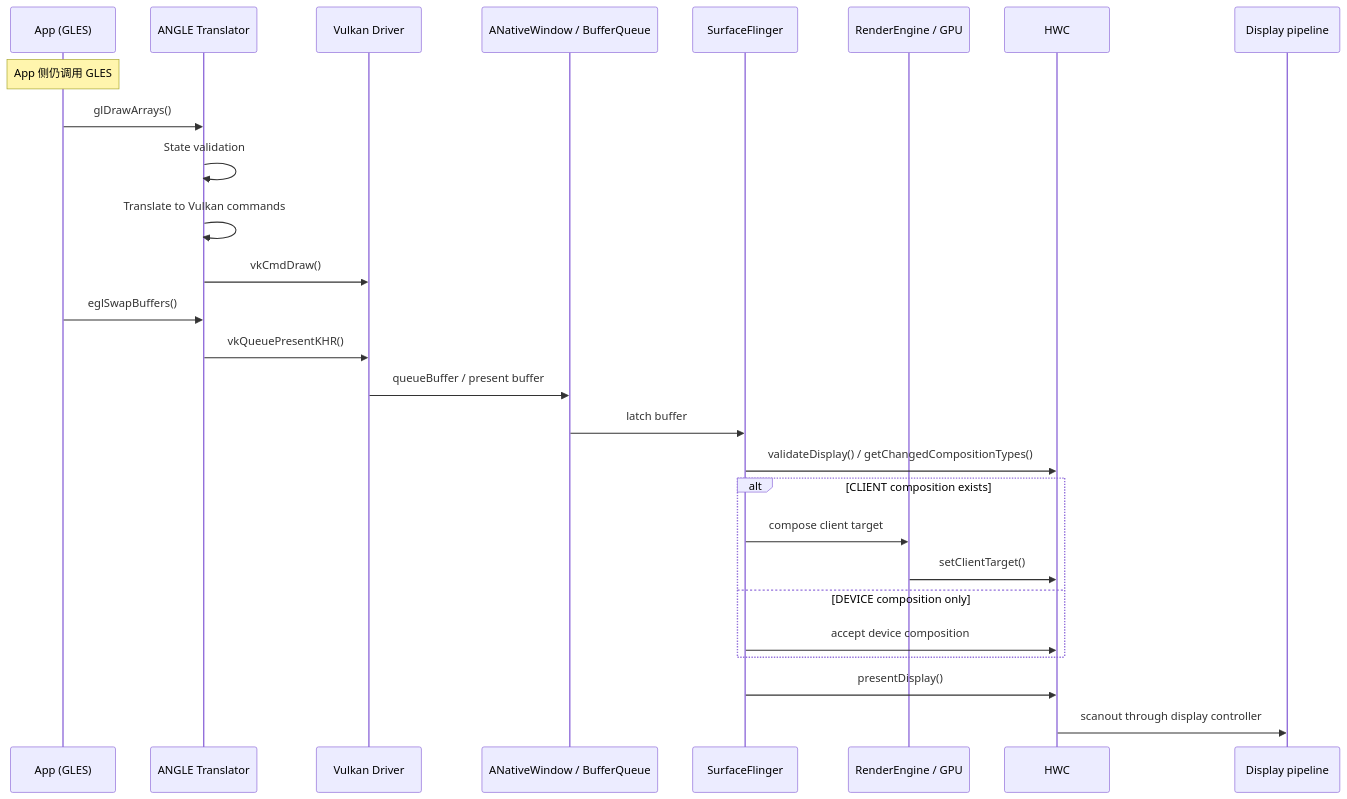
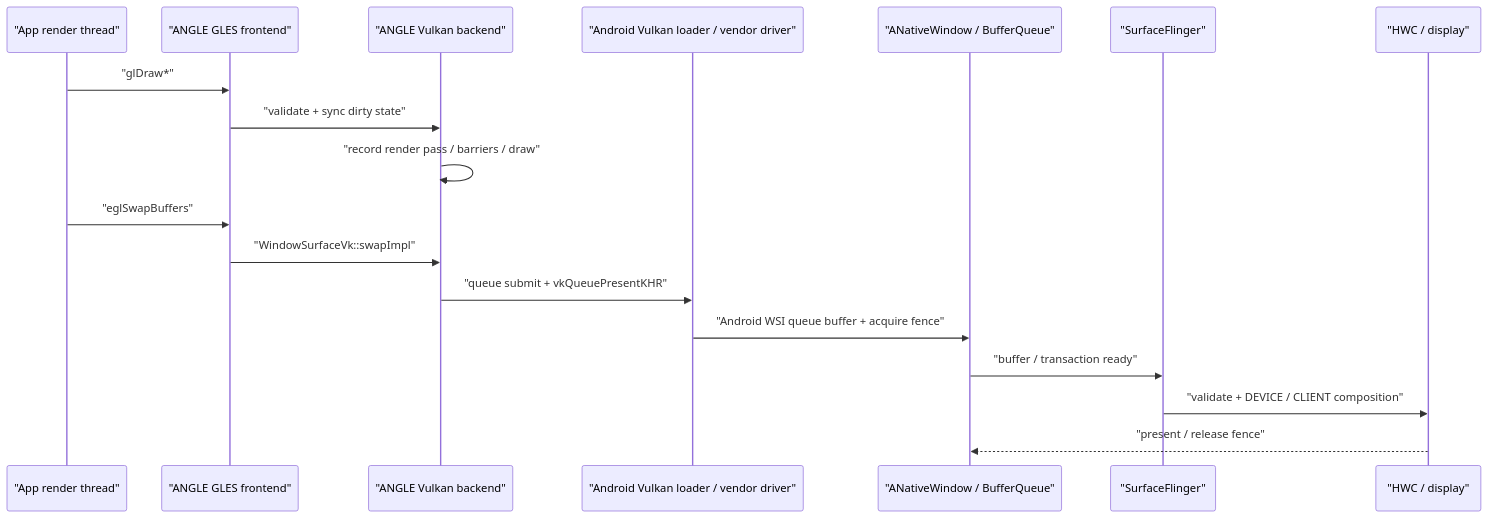
The second of 2 diagrams in src/part2-performance/ch18-rendering-pipelines/11-angle-gles-vulkan.md (Gracker/android-internals-wiki), drawn with Mermaid before and after one commit. The commit also changed other lines of this file, not shown here.

Commit message:
docs(rendering): review ANGLE pipeline for Android 17

````diff
--- a/src/part2-performance/ch18-rendering-pipelines/11-angle-gles-vulkan.md
+++ b/src/part2-performance/ch18-rendering-pipelines/11-angle-gles-vulkan.md
@@ -142,31 +259,21 @@
 ```mermaid
 sequenceDiagram
-    participant App as App (GLES)
-    participant ANGLE as ANGLE Translator
-    participant VK as Vulkan Driver
-    participant BQ as ANativeWindow / BufferQueue
-    participant SF as SurfaceFlinger
-    participant RE as RenderEngine / GPU
-    participant HWC as HWC
-    participant DISP as Display pipeline
+    participant App as "App render thread"
+    participant Front as "ANGLE GLES frontend"
+    participant Vk as "ANGLE Vulkan backend"
+    participant Driver as "Android Vulkan loader / vendor driver"
+    participant BQ as "ANativeWindow / BufferQueue"
+    participant SF as "SurfaceFlinger"
+    participant HWC as "HWC / display"
 
-    Note over App: App 侧仍调用 GLES
-    App->>ANGLE: glDrawArrays()
-    ANGLE->>ANGLE: State validation
-    ANGLE->>ANGLE: Translate to Vulkan commands
-    ANGLE->>VK: vkCmdDraw()
-
-    App->>ANGLE: eglSwapBuffers()
-    ANGLE->>VK: vkQueuePresentKHR()
-    VK->>BQ: queueBuffer / present buffer
-    BQ->>SF: latch buffer
-    SF->>HWC: validateDisplay() / getChangedCompositionTypes()
-    alt CLIENT composition exists
-        SF->>RE: compose client target
-        RE->>HWC: setClientTarget()
-    else DEVICE composition only
-        SF->>HWC: accept device composition
-    end
-    SF->>HWC: presentDisplay()
-    HWC->>DISP: scanout through display controller
+    App->>Front: "glDraw*"
+    Front->>Vk: "validate + sync dirty state"
+    Vk->>Vk: "record render pass / barriers / draw"
+    App->>Front: "eglSwapBuffers"
+    Front->>Vk: "WindowSurfaceVk::swapImpl"
+    Vk->>Driver: "queue submit + vkQueuePresentKHR"
+    Driver->>BQ: "Android WSI queue buffer + acquire fence"
+    BQ->>SF: "buffer / transaction ready"
+    SF->>HWC: "validate + DEVICE / CLIENT composition"
+    HWC-->>BQ: "present / release fence"
 ```
````
